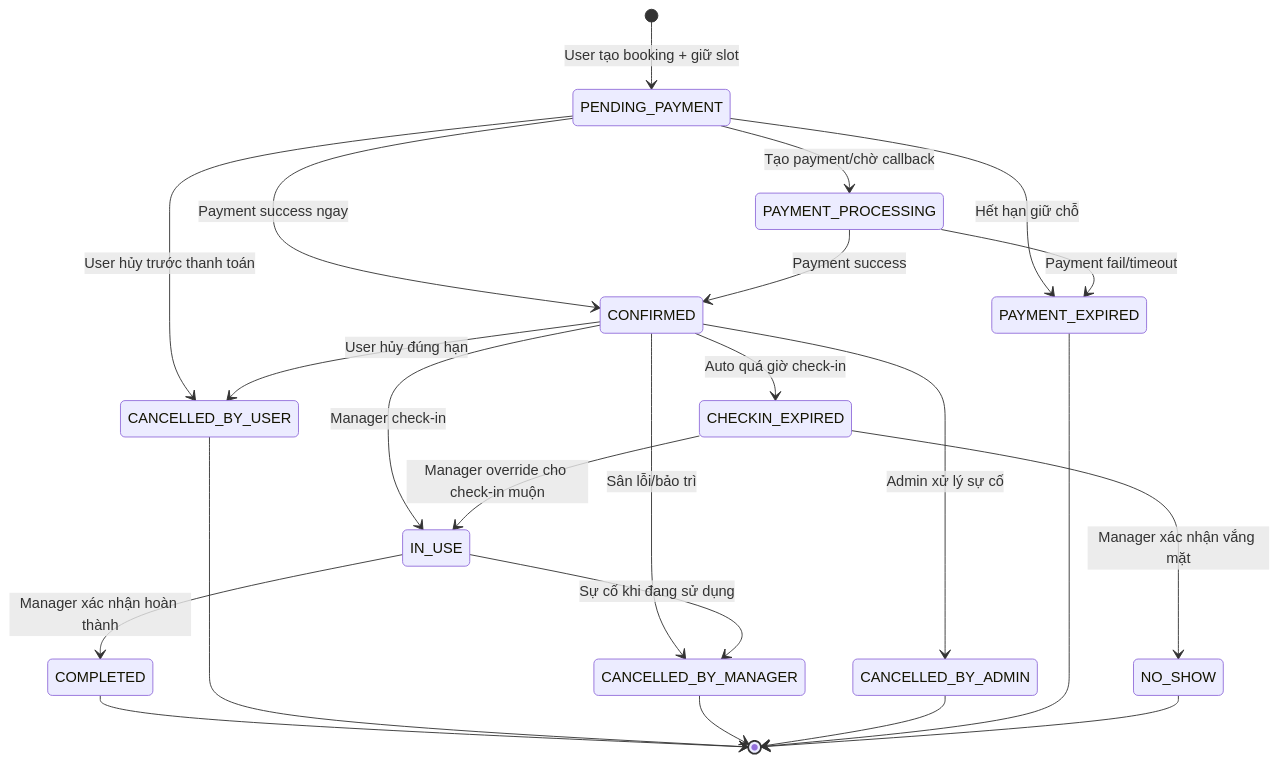
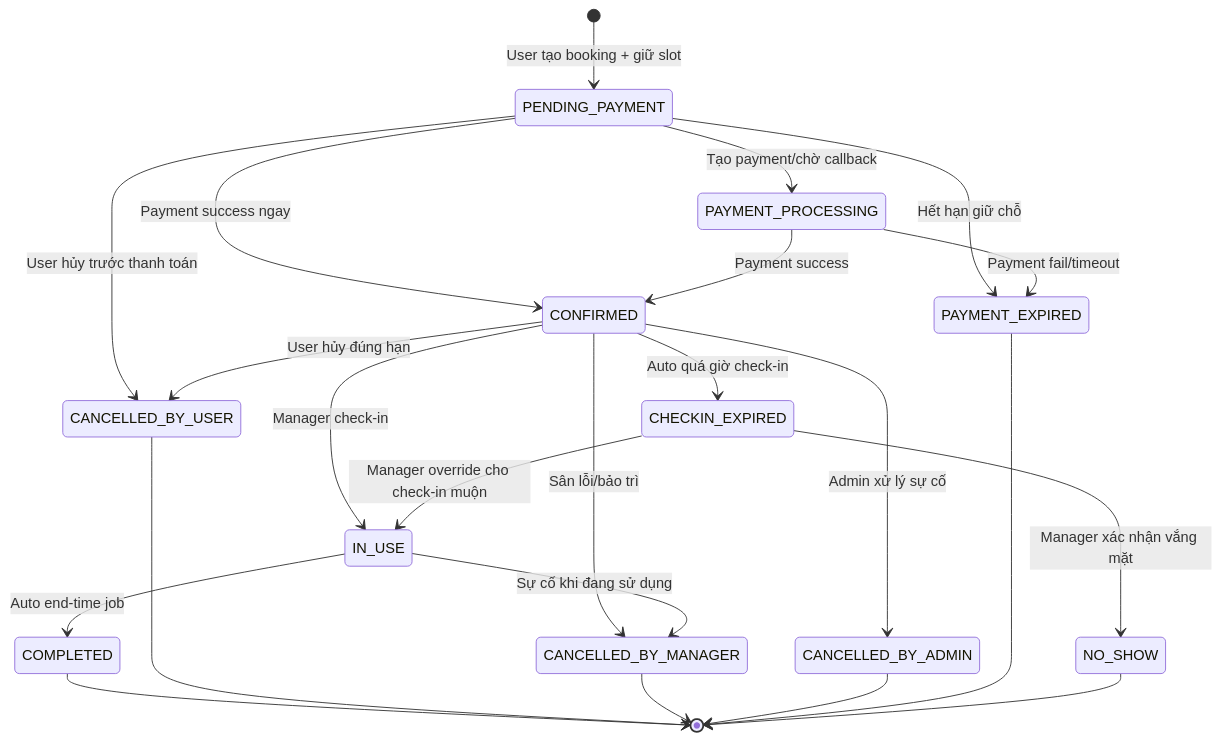
The first of 2 diagrams in agent-spec.md (danny2708/CourtSphere), drawn with Mermaid before and after one commit. The commit also changed other lines of this file and 1 other file, not shown here.

````diff
--- a/agent-spec.md
+++ b/agent-spec.md
@@ -324,31 +324,31 @@
 ```mermaid
 stateDiagram-v2
   [*] --> PENDING_PAYMENT: User tạo booking + giữ slot
 
   PENDING_PAYMENT --> PAYMENT_PROCESSING: Tạo payment/chờ callback
   PENDING_PAYMENT --> CONFIRMED: Payment success ngay
   PENDING_PAYMENT --> PAYMENT_EXPIRED: Hết hạn giữ chỗ
   PENDING_PAYMENT --> CANCELLED_BY_USER: User hủy trước thanh toán
 
   PAYMENT_PROCESSING --> CONFIRMED: Payment success
   PAYMENT_PROCESSING --> PAYMENT_EXPIRED: Payment fail/timeout
 
   CONFIRMED --> IN_USE: Manager check-in
   CONFIRMED --> CANCELLED_BY_USER: User hủy đúng hạn
   CONFIRMED --> CANCELLED_BY_MANAGER: Sân lỗi/bảo trì
   CONFIRMED --> CANCELLED_BY_ADMIN: Admin xử lý sự cố
   CONFIRMED --> CHECKIN_EXPIRED: Auto quá giờ check-in
 
   CHECKIN_EXPIRED --> NO_SHOW: Manager xác nhận vắng mặt
   CHECKIN_EXPIRED --> IN_USE: Manager override cho check-in muộn
 
-  IN_USE --> COMPLETED: Manager xác nhận hoàn thành
+  IN_USE --> COMPLETED: Auto end-time job
   IN_USE --> CANCELLED_BY_MANAGER: Sự cố khi đang sử dụng
 
   COMPLETED --> [*]
   CANCELLED_BY_USER --> [*]
   CANCELLED_BY_MANAGER --> [*]
   CANCELLED_BY_ADMIN --> [*]
   PAYMENT_EXPIRED --> [*]
   NO_SHOW --> [*]
 ```
````
